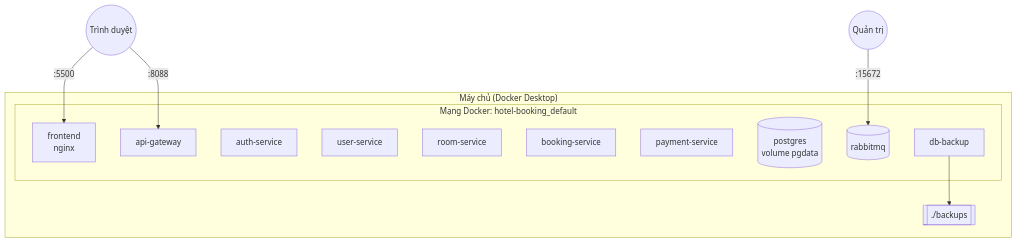
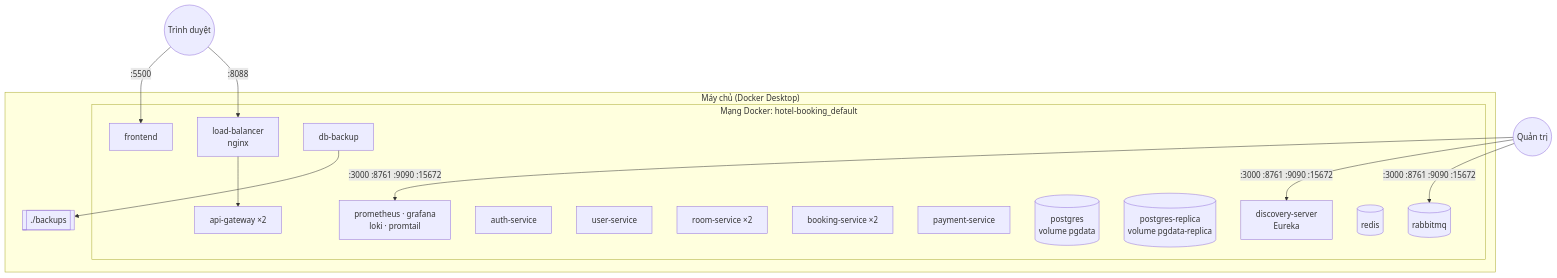
The third of 3 diagrams in docs/chapter2-architecture.md (Sang2601/distributed-hotel-booking), drawn with Mermaid before and after one commit. The commit also changed other lines of this file and 69 other files, not shown here.

First line of the commit message:
Bổ sung load balancing, service registry, giám sát, cache, WebSocket, replication

````diff
--- a/docs/chapter2-architecture.md
+++ b/docs/chapter2-architecture.md
@@ -79,22 +88,27 @@
 ```mermaid
 flowchart TB
     subgraph Host["Máy chủ (Docker Desktop)"]
         subgraph Net["Mạng Docker: hotel-booking_default"]
-            FE[frontend<br/>nginx]
-            GW[api-gateway]
+            FE[frontend]
+            LB[load-balancer<br/>nginx]
+            GW[api-gateway ×2]
+            EU[discovery-server<br/>Eureka]
             AU[auth-service]
             US[user-service]
-            RO[room-service]
-            BO[booking-service]
+            RO[room-service ×2]
+            BO[booking-service ×2]
             PA[payment-service]
             PG[(postgres<br/>volume pgdata)]
+            PGR[(postgres-replica<br/>volume pgdata-replica)]
             MQ[(rabbitmq)]
+            RD[(redis)]
             BK[db-backup]
+            MON[prometheus · grafana<br/>loki · promtail]
         end
         DIR[[./backups]]
     end
     Browser((Trình duyệt)) -->|:5500| FE
-    Browser -->|:8088| GW
-    Admin((Quản trị)) -->|:15672| MQ
+    Browser -->|:8088| LB --> GW
+    Admin((Quản trị)) -->|:3000 :8761 :9090 :15672| MON & EU & MQ
     BK --> DIR
 ```
````
